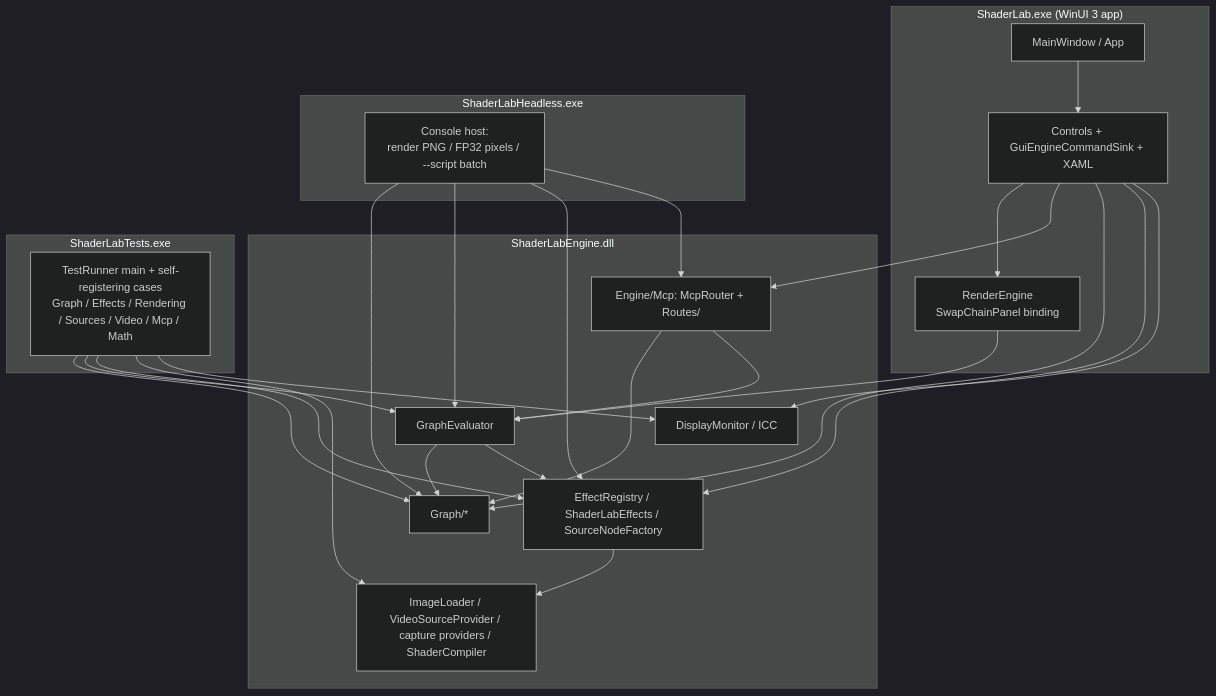
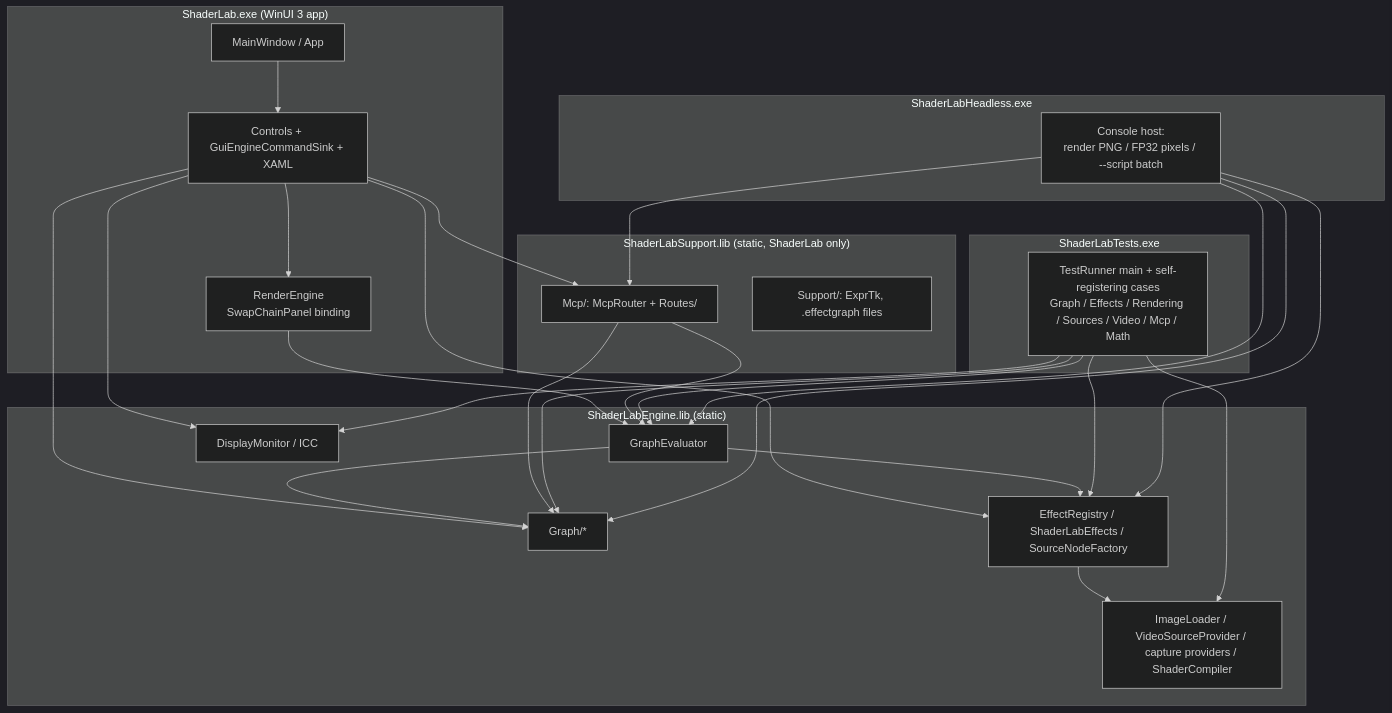
Before and after one commit to Spruill-1/ShaderLab: the diagram in docs/architecture/overview.md, drawn with Mermaid (dark theme). The commit also changed 302 other files, not shown here.

````diff
--- a/docs/architecture/overview.md
+++ b/docs/architecture/overview.md
@@ -3,47 +3,51 @@
 ```mermaid
 graph TB
     subgraph App["ShaderLab.exe (WinUI 3 app)"]
         MW[MainWindow / App]
         UI[Controls + GuiEngineCommandSink + XAML]
         RE[RenderEngine<br/>SwapChainPanel binding]
     end
 
-    subgraph Engine["ShaderLabEngine.dll"]
+    subgraph Engine["ShaderLabEngine.lib (static)"]
         EG[Graph/*]
         EV[GraphEvaluator]
         FX[EffectRegistry / ShaderLabEffects / SourceNodeFactory]
         IO[ImageLoader / VideoSourceProvider / capture providers / ShaderCompiler]
         MON[DisplayMonitor / ICC]
-        MCP[Engine/Mcp: McpRouter + Routes/]
+    end
+
+    subgraph Support["ShaderLabSupport.lib (static, ShaderLab only)"]
+        MCP[Mcp/: McpRouter + Routes/]
+        SUP[Support/: ExprTk, .effectgraph files]
     end
 
     subgraph Tests["ShaderLabTests.exe"]
         TR[TestRunner main + self-registering cases<br/>Graph / Effects / Rendering / Sources / Video / Mcp / Math]
     end
 
     subgraph Headless["ShaderLabHeadless.exe"]
         HC[Console host:<br/>render PNG / FP32 pixels / --script batch]
     end
 
     MW --> UI
     UI --> RE
     UI --> MCP
     RE --> EV
     UI --> EG
     UI --> FX
     UI --> MON
     EV --> EG
     EV --> FX
     FX --> IO
     MCP --> EG
     MCP --> EV
     TR --> EG
     TR --> EV
     TR --> FX
     TR --> IO
     TR --> MON
     HC --> EG
     HC --> EV
     HC --> FX
     HC --> MCP
 ```
````
